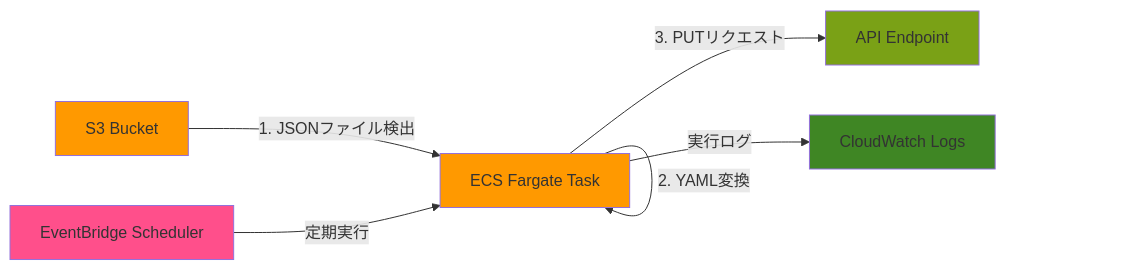
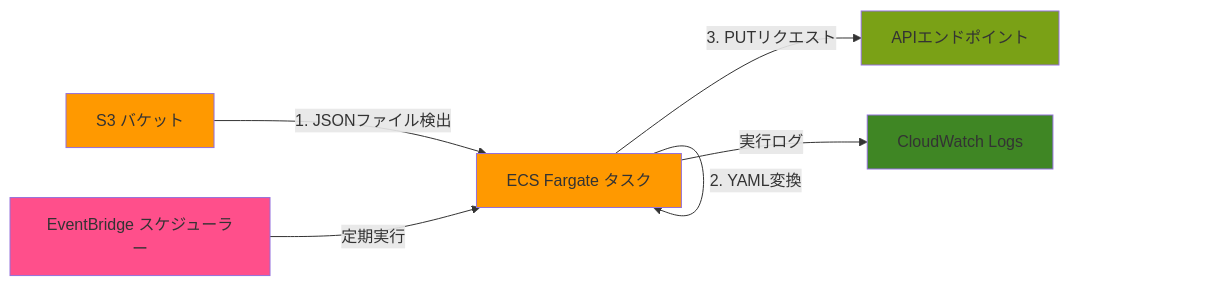
One commit to yamazoon0207/sample-s3-to-api changed the diagram in README.md. Above: the diagram before and after it, drawn with Mermaid.

````diff
--- a/README.md
+++ b/README.md
@@ -11,18 +11,18 @@
 ```mermaid
 flowchart LR
-    S3[S3 Bucket] -->|1. JSONファイル検出| ECS[ECS Fargate Task]
-    Scheduler[EventBridge Scheduler] -->|定期実行| ECS
+    S3[S3 バケット] -->|1. JSONファイル検出| ECS[ECS Fargate タスク]
+    Scheduler[EventBridge スケジューラー] -->|定期実行| ECS
     ECS -->|2. YAML変換| ECS
-    ECS -->|3. PUTリクエスト| API[API Endpoint]
+    ECS -->|3. PUTリクエスト| API[APIエンドポイント]
     ECS -->|実行ログ| Logs[CloudWatch Logs]
 
     classDef aws fill:#FF9900
     classDef scheduler fill:#FF4F8B
     classDef api fill:#7AA116
     classDef logs fill:#3F8624
 
     class S3,ECS aws
     class Scheduler scheduler
     class API api
     class Logs logs
 ```
````
